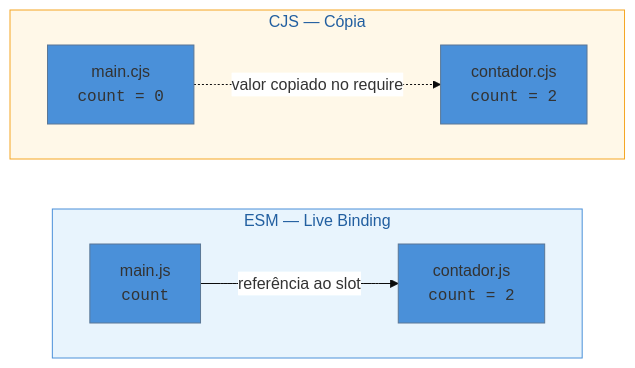
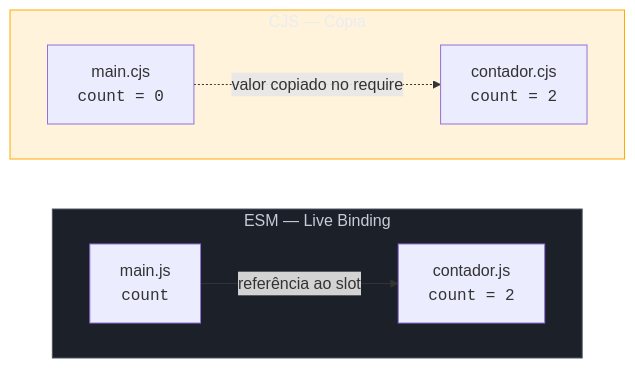
The first of 2 diagrams in 03-Dominios/Tecnologia/JavaScript/17 - Módulos ESM.md (josenaldo/codex-technomanticus), drawn with Mermaid before and after one commit. The commit also changed other lines of this file and 1181 other files, not shown here.

First line of the commit message:
fix(diagramas): paleta do sistema no lugar de cor cravada no markdown

````diff
--- a/03-Dominios/Tecnologia/JavaScript/17 - Módulos ESM.md
+++ b/03-Dominios/Tecnologia/JavaScript/17 - Módulos ESM.md
@@ -183,16 +183,17 @@
 ```mermaid
-%%{init: {"theme": "base", "themeVariables": {"primaryColor": "#4A90D9", "edgeLabelBackground": "#ffffff"}}}%%
 graph LR
+    classDef neutro fill:#1B2029,stroke:#4E5666,color:#C6CCD8
+    classDef destaque fill:#FFAA0024,stroke:#FFAA00,color:#E9ECF2
     subgraph ESM["ESM — Live Binding"]
         direction LR
         A1["main.js<br/><code>count</code>"] -- "referência ao slot" --> B1["contador.js<br/><code>count = 2</code>"]
     end
 
     subgraph CJS["CJS — Cópia"]
         direction LR
         A2["main.cjs<br/><code>count = 0</code>"] -. "valor copiado no require" .-> B2["contador.cjs<br/><code>count = 2</code>"]
     end
 
-    style ESM fill:#e8f4fd,stroke:#4A90D9
-    style CJS fill:#fff8e8,stroke:#F5A623
+    class ESM neutro
+    class CJS destaque
 ```
````
